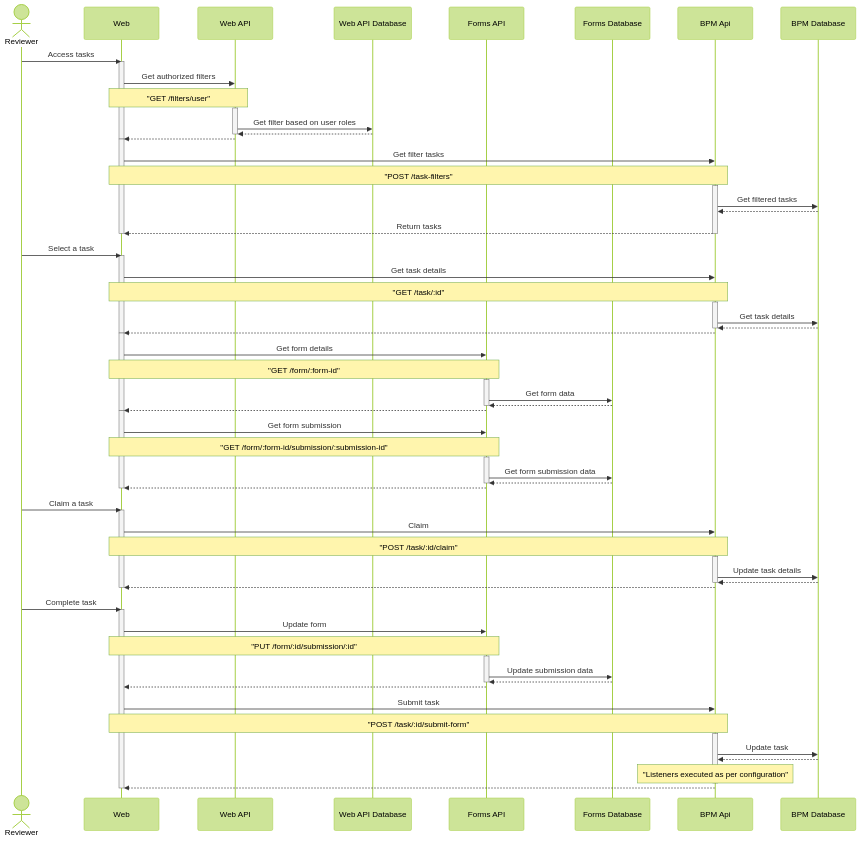
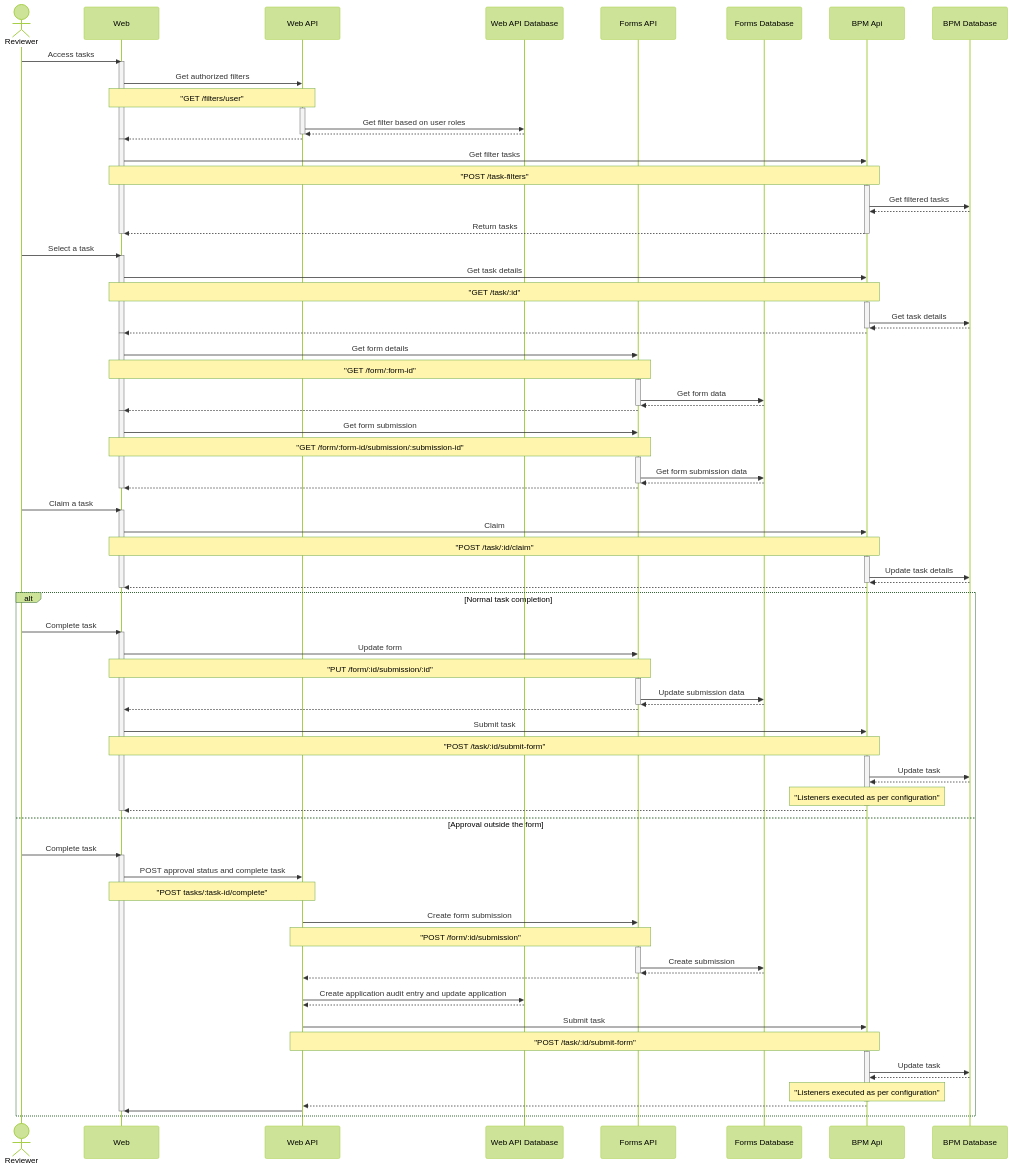
Before and after one commit to AOT-Technologies/forms-flow-ai: the diagram in docs/sequence-diagrams/reviewer-flow.md, drawn with Mermaid (forest theme). The commit also changed 2 other files, not shown here.

Commit message:
FWF-5361: [Documentation] Add user flow for analyze submission, admin and update reviewer flow

````diff
--- a/docs/sequence-diagrams/reviewer-flow.md
+++ b/docs/sequence-diagrams/reviewer-flow.md
@@ -76,26 +76,55 @@
     bpm-api -->> web: 
     deactivate web
 
-    Reviewer ->> web: Complete task
-    activate web
-    web ->> forms-api: Update form
-    Note over web,forms-api: "PUT /form/:id/submission/:id"
-    activate forms-api
-    forms-api ->> forms-db: Update submission data
-    forms-db -->> forms-api: 
-    deactivate forms-api
-    forms-api -->> web: 
-
-    web ->> bpm-api: Submit task
-    Note over web,bpm-api: "POST /task/:id/submit-form"
-    activate bpm-api
-    bpm-api ->> bpm-db: Update task
-    bpm-db -->> bpm-api: 
-    Note over bpm-api: "Listeners executed as per configuration"
-    deactivate bpm-api
-    bpm-api -->> web: 
-    deactivate web
-
+    alt Normal task completion
+        Reviewer ->> web: Complete task
+        activate web
+        web ->> forms-api: Update form
+        Note over web,forms-api: "PUT /form/:id/submission/:id"
+        activate forms-api
+        forms-api ->> forms-db: Update submission data
+        forms-db -->> forms-api: 
+        deactivate forms-api
+        forms-api -->> web: 
+    
+        web ->> bpm-api: Submit task
+        Note over web,bpm-api: "POST /task/:id/submit-form"
+        activate bpm-api
+        bpm-api ->> bpm-db: Update task
+        bpm-db -->> bpm-api: 
+        Note over bpm-api: "Listeners executed as per configuration"
+        deactivate bpm-api
+        bpm-api -->> web: 
+        deactivate web
+    else Approval outside the form 
+        Reviewer ->> web: Complete task
+        activate web
+        web ->> web-api: POST approval status and complete task
+        Note over web,web-api: "POST tasks/:task-id/complete"
+        web-api ->> forms-api: Create form submission
+        Note over web-api,forms-api: "POST /form/:id/submission"
+        activate forms-api
+        forms-api ->> forms-db: Create submission
+        forms-db -->> forms-api: 
+        deactivate forms-api
+        forms-api -->> web-api: 
+    
+        web-api ->> web-api-db: Create application audit entry and update application
+        web-api-db -->> web-api:
+    
+        web-api ->> bpm-api: Submit task
+        Note over web-api,bpm-api: "POST /task/:id/submit-form"
+        activate bpm-api
+        bpm-api ->> bpm-db: Update task
+        bpm-db -->> bpm-api: 
+        Note over bpm-api: "Listeners executed as per configuration"
+        deactivate bpm-api
+        bpm-api -->> web-api:
+    
+        
+        web-api ->> web:
+        deactivate web
+  end
     
 
 ```
````
